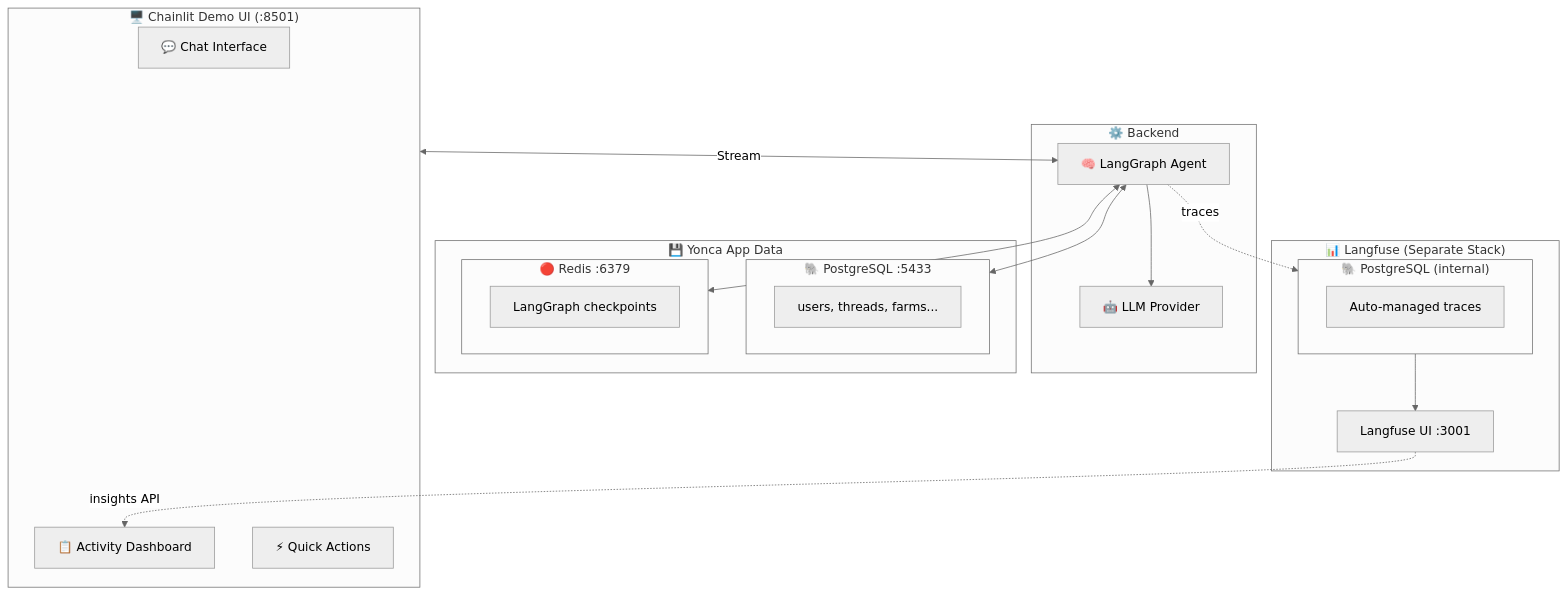
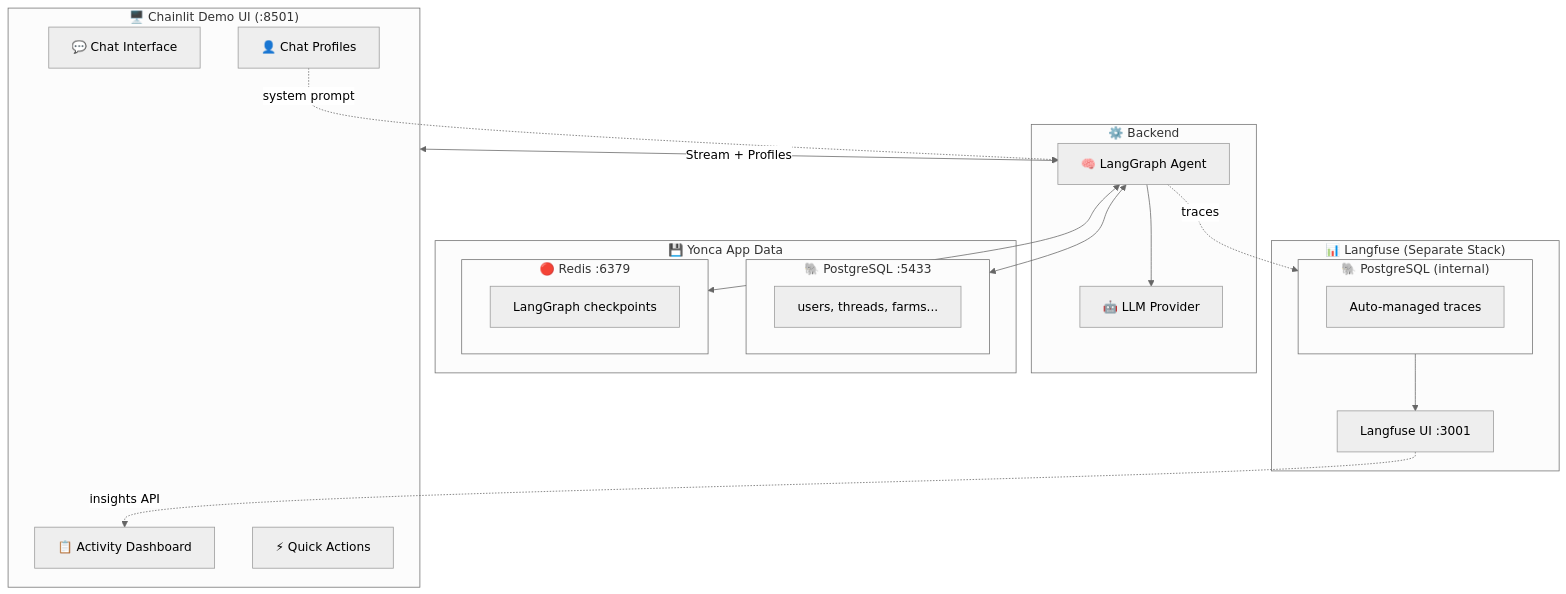
One commit to Px8Studio/yonja changed the diagram in docs/zekalab/11-CHAINLIT-UI.md. Above: the diagram before and after it, drawn with Mermaid. The commit also changed other lines of this file and 8 other files, not shown here.

````diff
--- a/docs/zekalab/11-CHAINLIT-UI.md
+++ b/docs/zekalab/11-CHAINLIT-UI.md
@@ -27,38 +32,40 @@
 ```mermaid
 %%{init: {'theme': 'neutral'}}%%
 flowchart TB
     subgraph ui["🖥️ Chainlit Demo UI (:8501)"]
         chat["💬 Chat Interface"]
         sidebar["📋 Activity Dashboard"]
         actions["⚡ Quick Actions"]
+        profiles["👤 Chat Profiles"]
     end
 
     subgraph backend["⚙️ Backend"]
         agent["🧠 LangGraph Agent"]
         llm["🤖 LLM Provider"]
     end
 
     subgraph appdata["💾 Yonca App Data"]
         subgraph pg_app["🐘 PostgreSQL :5433"]
             app_tables["users, threads, farms..."]
         end
         subgraph redis_app["🔴 Redis :6379"]
             checkpoints["LangGraph checkpoints"]
         end
     end
 
     subgraph observe["📊 Langfuse (Separate Stack)"]
         subgraph pg_langfuse["🐘 PostgreSQL (internal)"]
             traces["Auto-managed traces"]
         end
         langfuse_ui["Langfuse UI :3001"]
     end
 
-    ui <-->|"Stream"| agent
+    ui <-->|"Stream + Profiles"| agent
     agent --> llm
     agent <--> redis_app
     agent <--> pg_app
     agent -.->|"traces"| pg_langfuse
     pg_langfuse --> langfuse_ui
     langfuse_ui -.->|"insights API"| sidebar
+    profiles -.->|"system prompt"| agent
 ```
````
